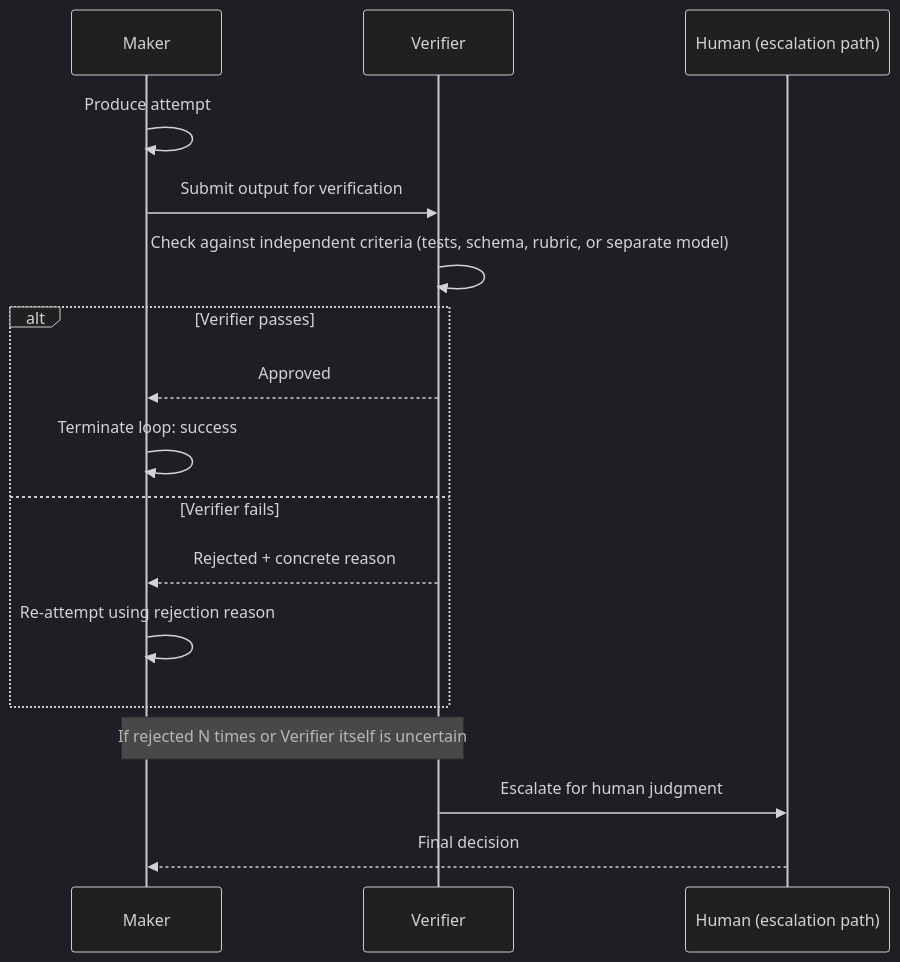
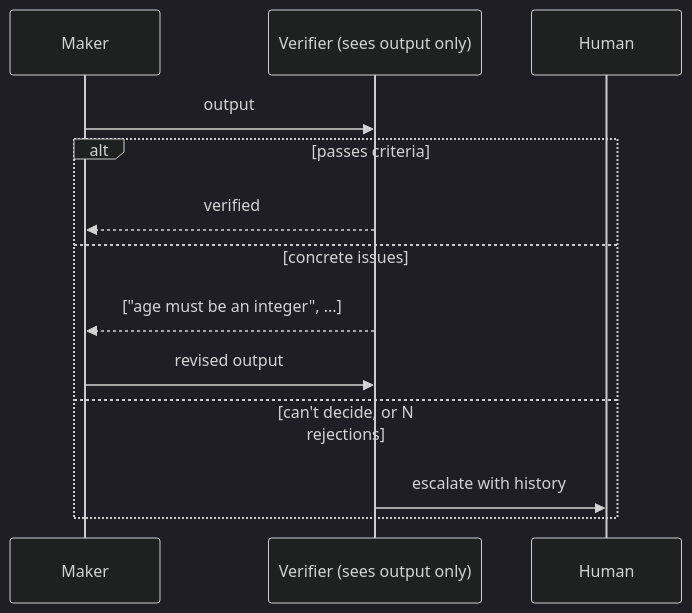
The diagram in content/patterns/loop-engineering/maker-verifier-split.md (PrajwalAmte/AI-Engineering-Patterns), drawn with Mermaid (dark theme) before and after one commit. The commit also changed other lines of this file and 190 other files, not shown here.

```diff
--- a/content/patterns/loop-engineering/maker-verifier-split.md
+++ b/content/patterns/loop-engineering/maker-verifier-split.md
@@ -32,20 +36,15 @@
 <pre class="mermaid">
 sequenceDiagram
     participant M as Maker
-    participant V as Verifier
-    participant H as Human (escalation path)
-
-    M->>M: Produce attempt
-    M->>V: Submit output for verification
-    V->>V: Check against independent criteria (tests, schema, rubric, or separate model)
-    alt Verifier passes
-        V-->>M: Approved
-        M->>M: Terminate loop: success
-    else Verifier fails
-        V-->>M: Rejected + concrete reason
-        M->>M: Re-attempt using rejection reason
+    participant V as Verifier (sees output only)
+    participant H as Human
+    M->>V: output
+    alt passes criteria
+        V-->>M: verified
+    else concrete issues
+        V-->>M: ["age must be an integer", ...]
+        M->>V: revised output
+    else can't decide, or N rejections
+        V->>H: escalate with history
     end
-    Note over M,V: If rejected N times or Verifier itself is uncertain
-    V->>H: Escalate for human judgment
-    H-->>M: Final decision
 </pre>
```
